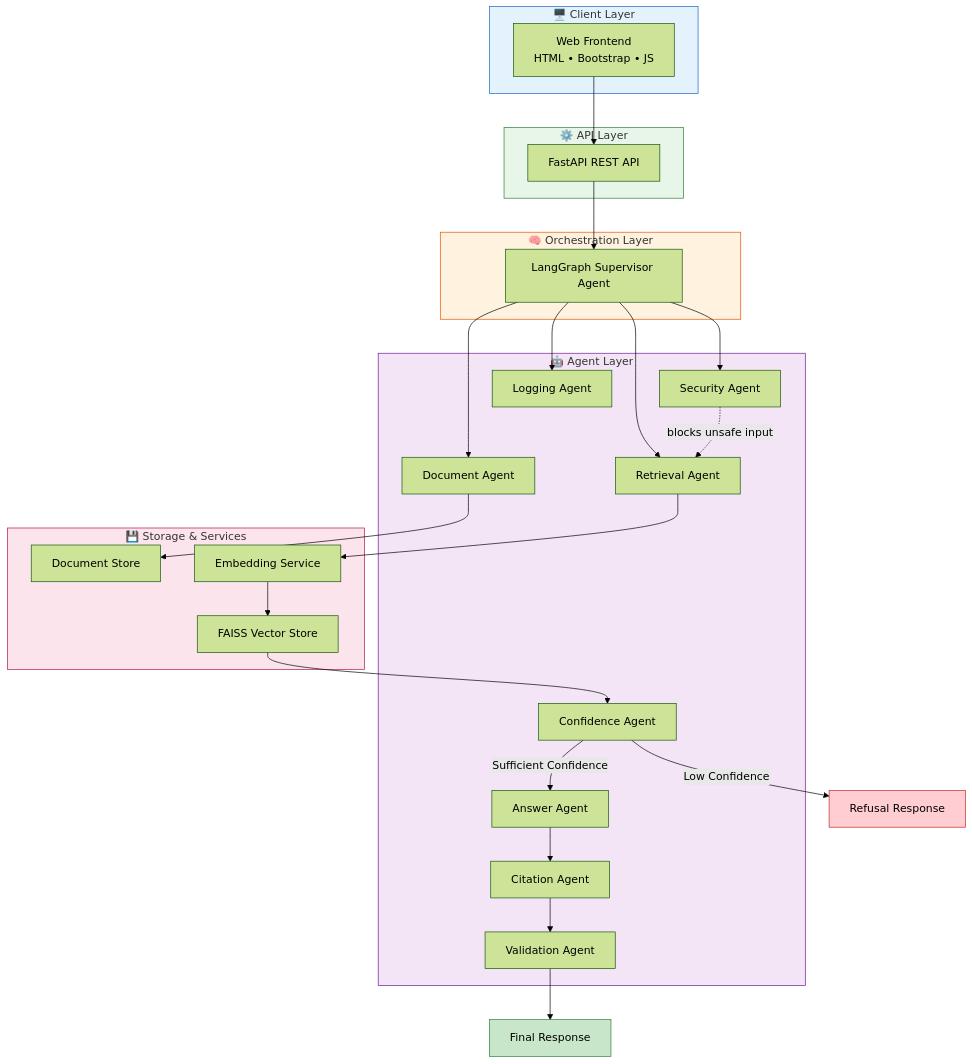
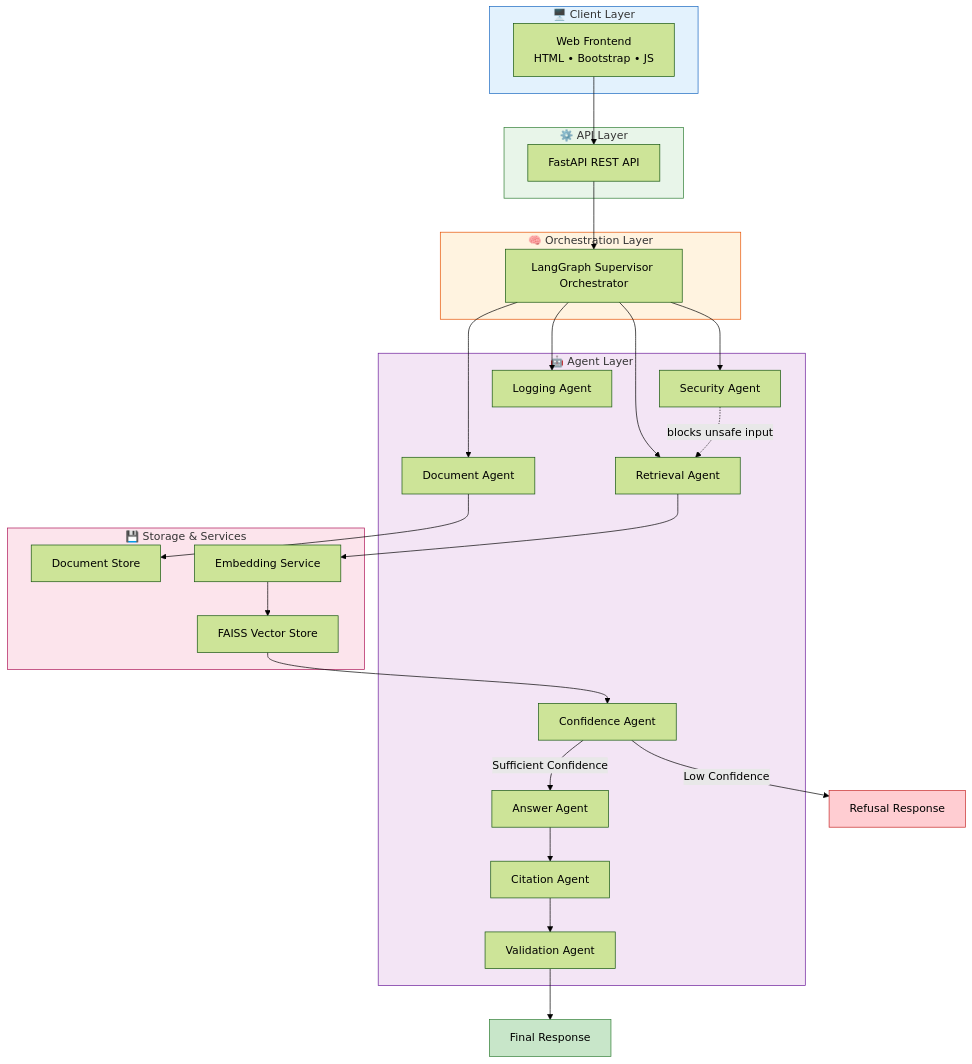
The first of 12 diagrams in Readme.md (Nishant0510/AI-Agent), drawn with Mermaid (forest theme) before and after one commit. The commit also changed other lines of this file, not shown here.

````diff
--- a/Readme.md
+++ b/Readme.md
@@ -142,58 +142,58 @@
 ```mermaid
 graph TB
     subgraph Client["🖥️ Client Layer"]
         UI["Web Frontend<br/>HTML • Bootstrap • JS"]
     end
 
     subgraph API["⚙️ API Layer"]
         FASTAPI["FastAPI REST API"]
     end
 
     subgraph Orchestration["🧠 Orchestration Layer"]
-        SUPERVISOR["LangGraph Supervisor Agent"]
+        SUPERVISOR["LangGraph Supervisor Orchestrator"]
     end
 
     subgraph Agents["🤖 Agent Layer"]
         SECURITY["Security Agent"]
         DOCUMENT["Document Agent"]
         RETRIEVAL["Retrieval Agent"]
         LOGGING["Logging Agent"]
         CONFIDENCE["Confidence Agent"]
         ANSWER["Answer Agent"]
         CITATION["Citation Agent"]
         VALIDATION["Validation Agent"]
     end
 
     subgraph Storage["💾 Storage & Services"]
         DOCSTORE["Document Store"]
         EMBED["Embedding Service"]
         FAISS["FAISS Vector Store"]
     end
 
     UI --> FASTAPI
     FASTAPI --> SUPERVISOR
     SUPERVISOR --> SECURITY
     SUPERVISOR --> DOCUMENT
     SUPERVISOR --> RETRIEVAL
     SUPERVISOR --> LOGGING
 
     DOCUMENT --> DOCSTORE
     RETRIEVAL --> EMBED
     EMBED --> FAISS
     SECURITY -.blocks unsafe input.-> RETRIEVAL
     FAISS --> CONFIDENCE
 
     CONFIDENCE -->|Low Confidence| REFUSAL["Refusal Response"]
     CONFIDENCE -->|Sufficient Confidence| ANSWER
     ANSWER --> CITATION
     CITATION --> VALIDATION
     VALIDATION --> FINAL["Final Response"]
 
     style Client fill:#e3f2fd,stroke:#1565c0
     style API fill:#e8f5e9,stroke:#2e7d32
     style Orchestration fill:#fff3e0,stroke:#e65100
     style Agents fill:#f3e5f5,stroke:#6a1b9a
     style Storage fill:#fce4ec,stroke:#ad1457
     style REFUSAL fill:#ffcdd2,stroke:#c62828
     style FINAL fill:#c8e6c9,stroke:#2e7d32
 ```
````
